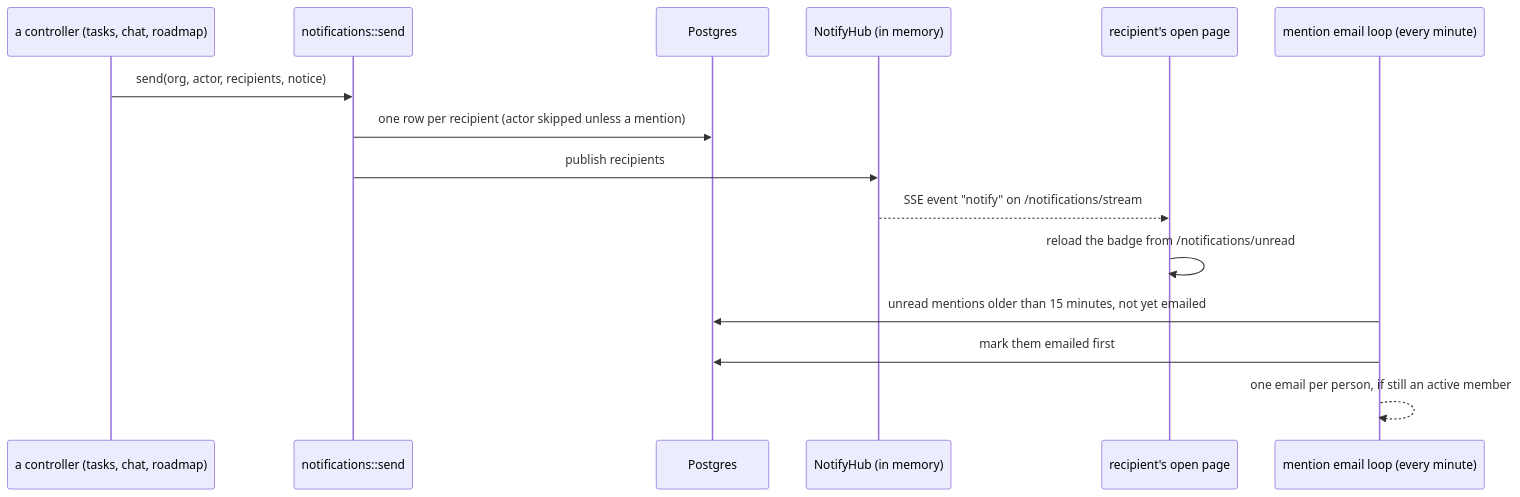
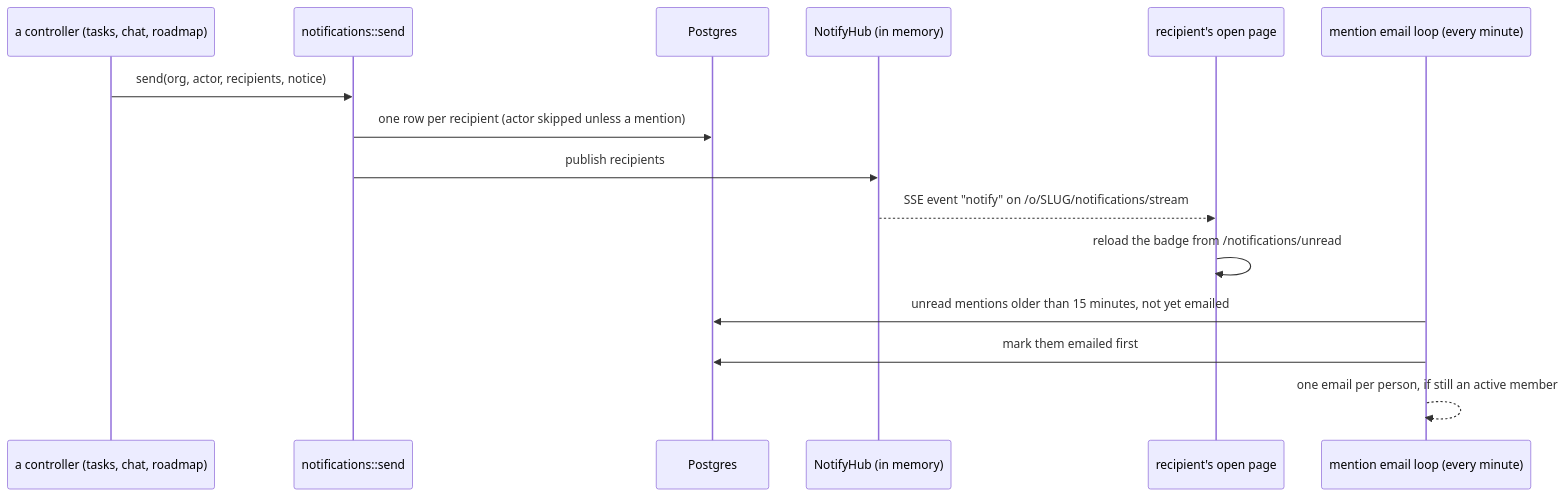
One commit to rajgurung/collaboration_tool changed the diagram in docs/flows/notifications.md. Above: the diagram before and after it, drawn with Mermaid. The commit also changed other lines of this file and 11 other files, not shown here.

````diff
--- a/docs/flows/notifications.md
+++ b/docs/flows/notifications.md
@@ -9,17 +9,17 @@
 ```mermaid
 sequenceDiagram
     participant Src as a controller (tasks, chat, roadmap)
     participant Send as notifications::send
     participant DB as Postgres
     participant Hub as NotifyHub (in memory)
     participant Page as recipient's open page
     participant Job as mention email loop (every minute)
     Src->>Send: send(org, actor, recipients, notice)
     Send->>DB: one row per recipient (actor skipped unless a mention)
     Send->>Hub: publish recipients
-    Hub-->>Page: SSE event "notify" on /notifications/stream
+    Hub-->>Page: SSE event "notify" on /o/SLUG/notifications/stream
     Page->>Page: reload the badge from /notifications/unread
     Job->>DB: unread mentions older than 15 minutes, not yet emailed
     Job->>DB: mark them emailed first
     Job-->>Job: one email per person, if still an active member
 ```
````
